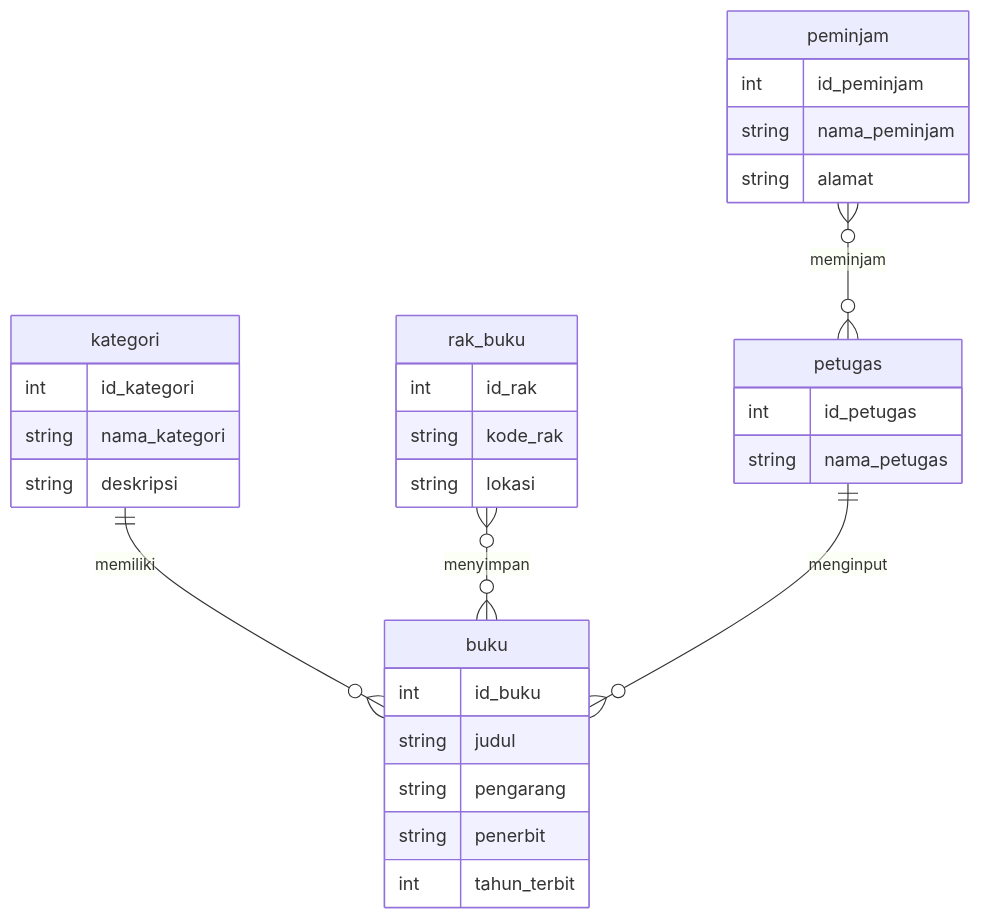
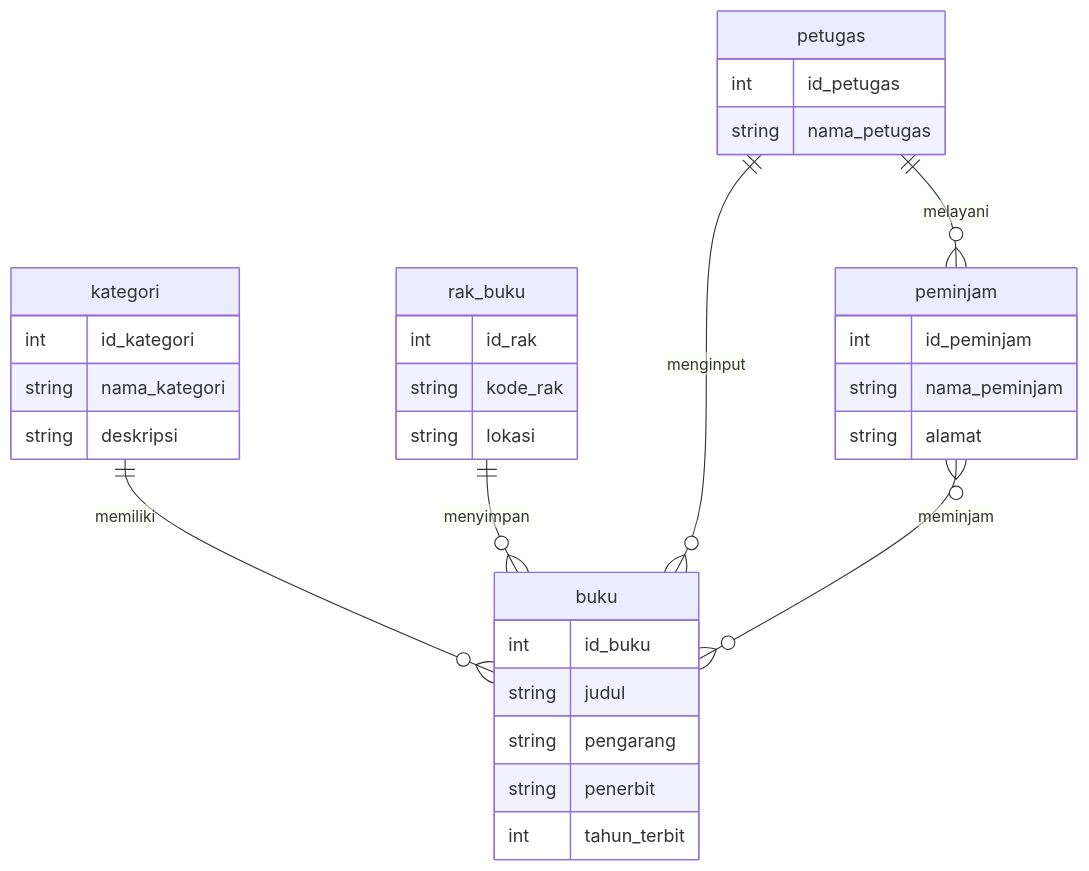
Before and after one commit to MohamadDimasPrayoga1010/koda-b4-db1: the diagram in README.md, drawn with Mermaid.

Commit message:
refactor: improve relationships between tables

````diff
--- a/README.md
+++ b/README.md
@@ -6,42 +6,42 @@
 ```mermaid
 erDiagram
 
 buku{
     int id_buku
     string judul
     string pengarang
     string penerbit
     int tahun_terbit
 }
     
 kategori{
     int id_kategori
     string nama_kategori
     string deskripsi
 }
 
 rak_buku{
     int id_rak
     string kode_rak
     string lokasi
 }
 
 petugas{
     int id_petugas
     string nama_petugas
 }
 
 peminjam{
     int id_peminjam
     string nama_peminjam
     string alamat
 
 }
 
 
 kategori ||--o{ buku : "memiliki"
-rak_buku}o--o{ buku : "menyimpan"
+rak_buku ||--o{ buku : "menyimpan"
 petugas ||--o{ buku : "menginput"
-peminjam }o--o{ petugas : "meminjam"
-
+petugas ||--o{ peminjam : "melayani"
+peminjam }o--o{ buku : "meminjam"
 ```
````
